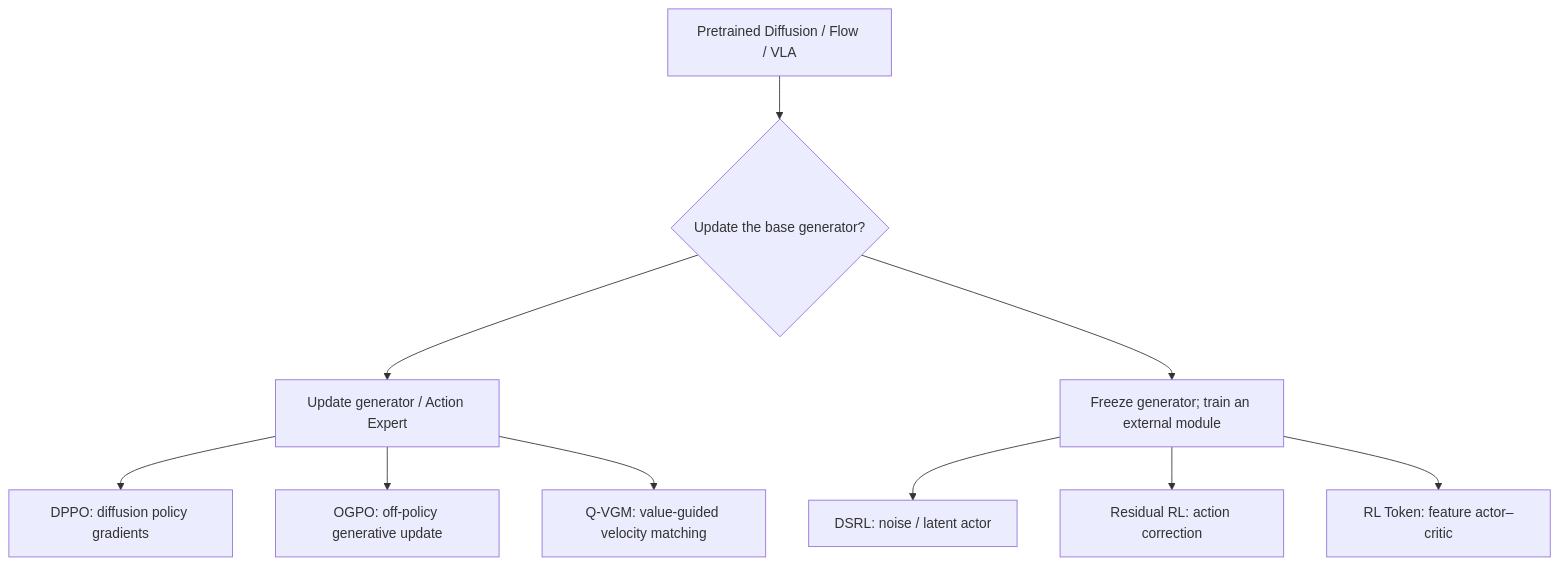
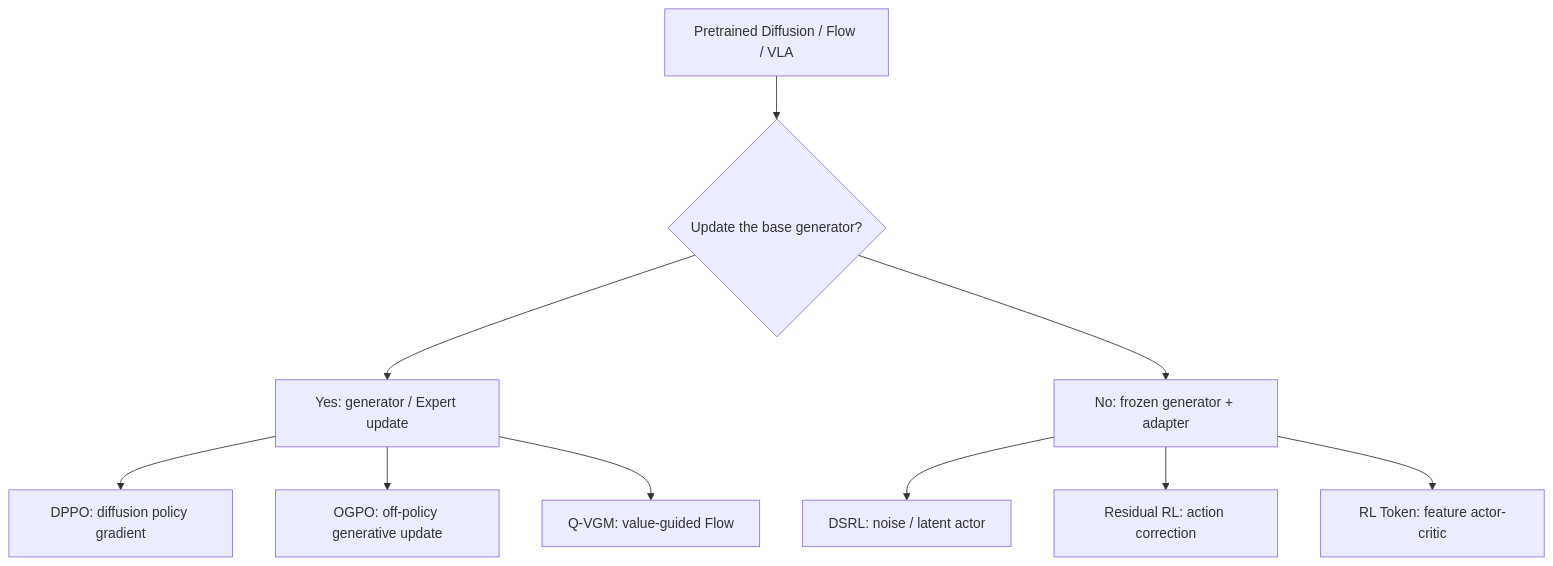
The second of 4 diagrams in md/RL_Post_Training_EN.md (zengxiong111/Foundation_of_Embodied_AI), drawn with Mermaid before and after one commit. The commit also changed other lines of this file and 24 other files, not shown here.

````diff
--- a/md/RL_Post_Training_EN.md
+++ b/md/RL_Post_Training_EN.md
@@ -64,13 +47,12 @@
 ```mermaid
-%% FIG: taxonomy
 flowchart TB
   P["Pretrained Diffusion / Flow / VLA"] --> Q{"Update the base generator?"}
-  Q --> U["Update generator / Action Expert"]
-  Q --> Z["Freeze generator; train an external module"]
-  U --> A["DPPO: diffusion policy gradients"]
+  Q --> U["Yes: generator / Expert update"]
+  Q --> F["No: frozen generator + adapter"]
+  U --> A["DPPO: diffusion policy gradient"]
   U --> B["OGPO: off-policy generative update"]
-  U --> C["Q-VGM: value-guided velocity matching"]
-  Z --> D["DSRL: noise / latent actor"]
-  Z --> E["Residual RL: action correction"]
-  Z --> F["RL Token: feature actor–critic"]
+  U --> C["Q-VGM: value-guided Flow"]
+  F --> D["DSRL: noise / latent actor"]
+  F --> E["Residual RL: action correction"]
+  F --> R["RL Token: feature actor-critic"]
 ```
````
